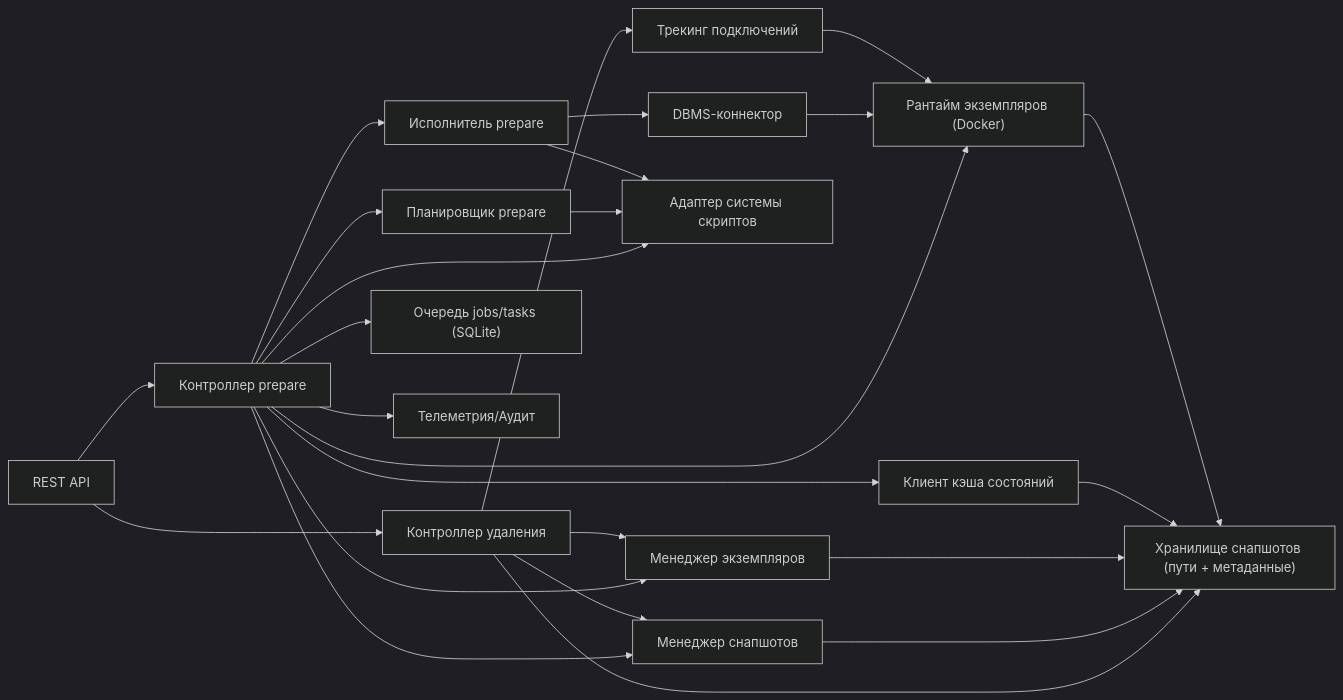
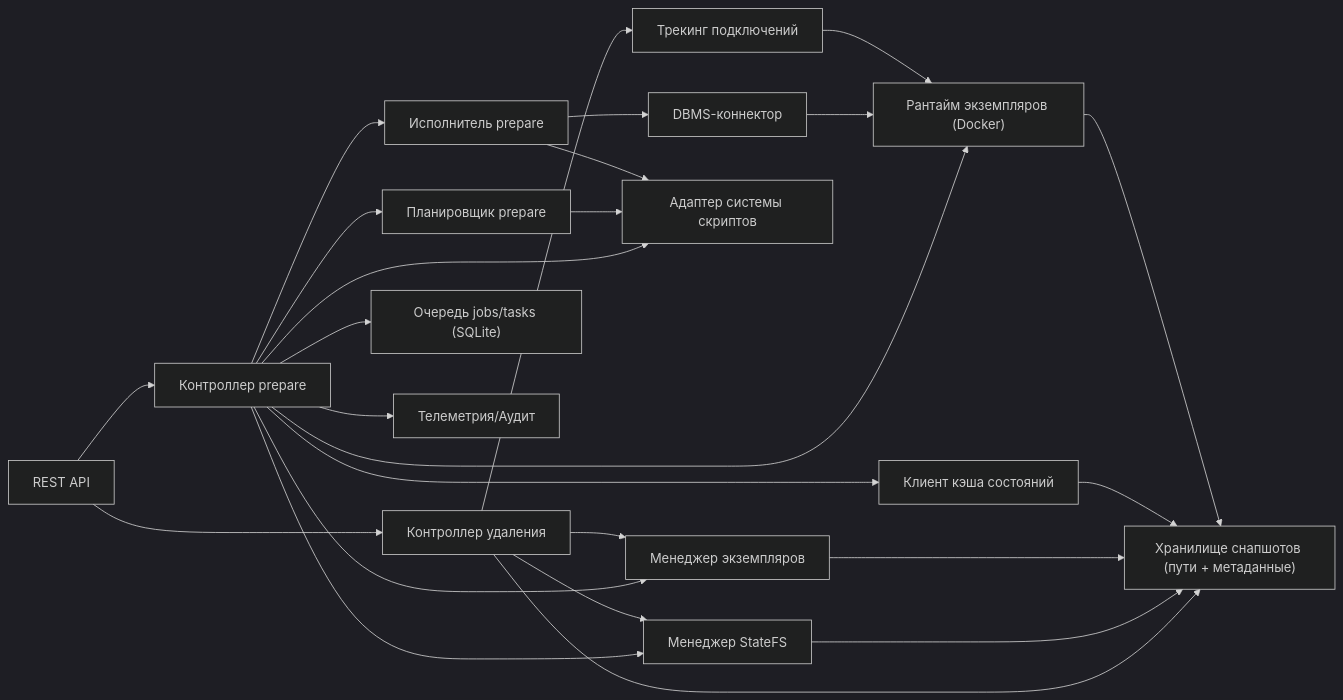
Before and after one commit to kimak-irmagi/taidon: the first of 6 diagrams in docs/architecture/engine-internals.RU.md, drawn with Mermaid (dark theme). The commit also changed other lines of this file and 29 other files, not shown here.

````diff
--- a/docs/architecture/engine-internals.RU.md
+++ b/docs/architecture/engine-internals.RU.md
@@ -7,43 +7,43 @@
 ```mermaid
 flowchart LR
   API[REST API]
   CTRL["Контроллер prepare"]
   DEL["Контроллер удаления"]
   PLAN["Планировщик prepare"]
   EXEC["Исполнитель prepare"]
   CACHE[Клиент кэша состояний]
-  SNAP["Менеджер снапшотов"]
+  SNAP["Менеджер StateFS"]
   QSTORE["Очередь jobs/tasks (SQLite)"]
   RUNTIME["Рантайм экземпляров (Docker)"]
   DBMS["DBMS-коннектор"]
   ADAPTER["Адаптер системы скриптов"]
   INST["Менеджер экземпляров"]
   CONN["Трекинг подключений"]
   STORE["Хранилище снапшотов (пути + метаданные)"]
   OBS[Телеметрия/Аудит]
 
   API --> CTRL
   API --> DEL
   CTRL --> PLAN
   CTRL --> EXEC
   CTRL --> CACHE
   CTRL --> SNAP
   CTRL --> QSTORE
   CTRL --> RUNTIME
   CTRL --> ADAPTER
   CTRL --> INST
   CTRL --> OBS
   DEL --> INST
   DEL --> SNAP
   DEL --> STORE
   DEL --> CONN
   PLAN --> ADAPTER
   EXEC --> ADAPTER
   EXEC --> DBMS
   DBMS --> RUNTIME
   SNAP --> STORE
   INST --> STORE
   CACHE --> STORE
   RUNTIME --> STORE
   CONN --> RUNTIME
 ```
````
